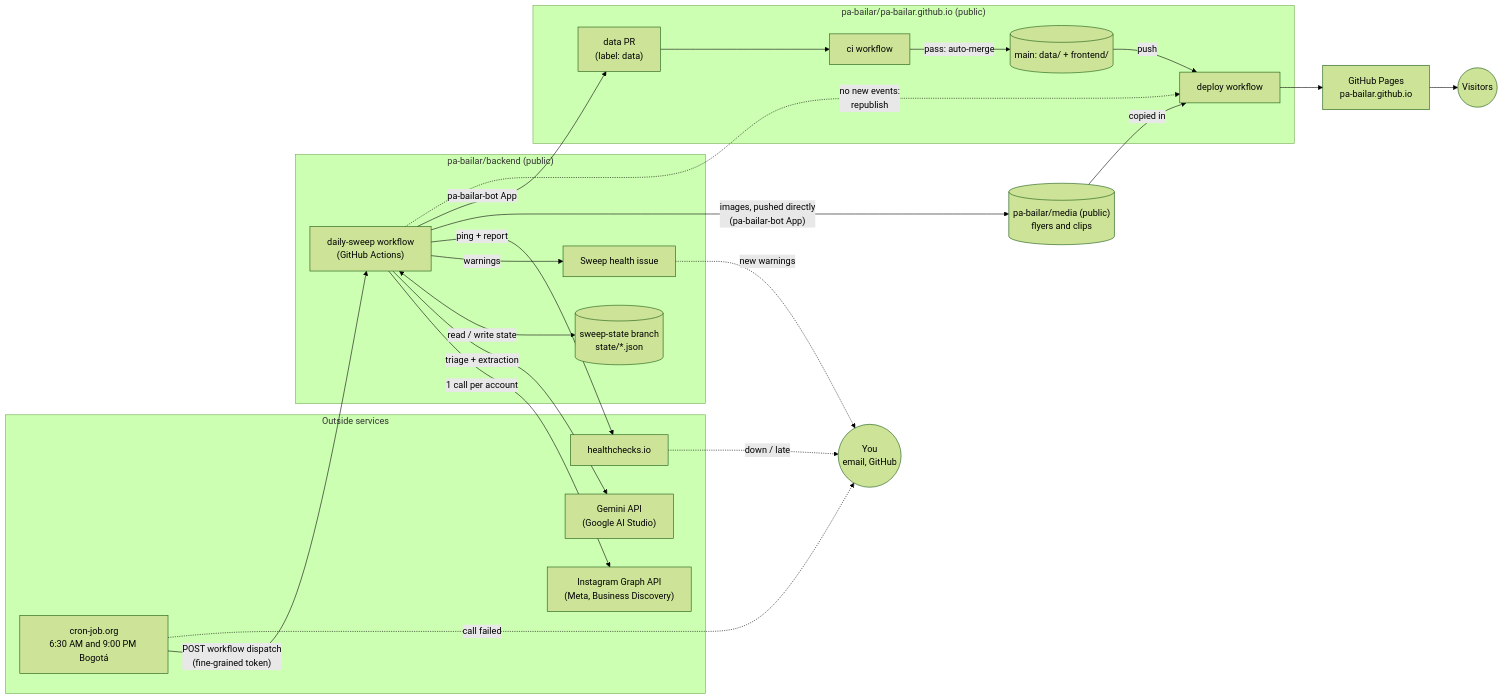
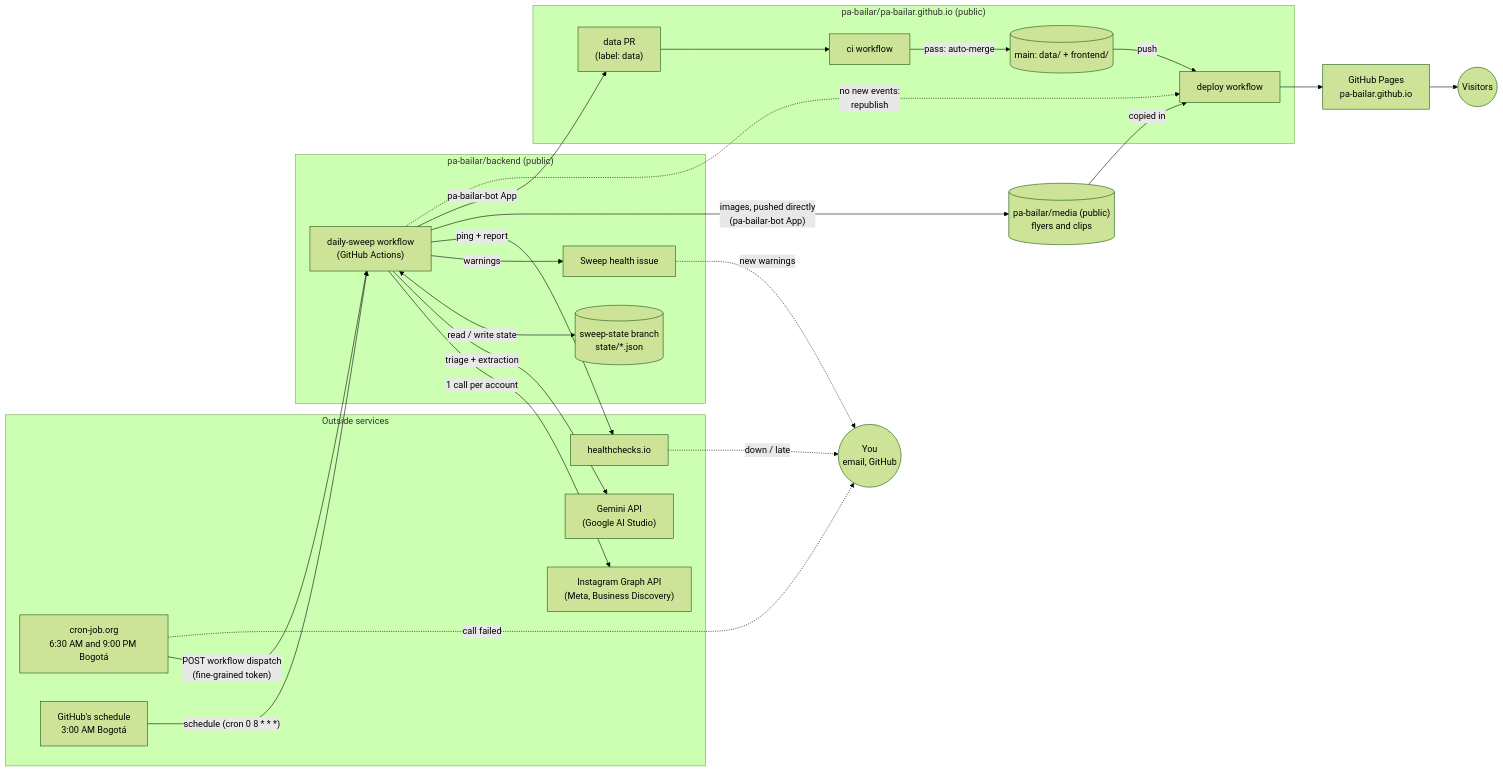
One commit to pa-bailar/backend changed the first of 12 diagrams in docs/ARCHITECTURE.md. Above: the diagram before and after it, drawn with Mermaid (forest theme). The commit also changed other lines of this file and 6 other files, not shown here.

First line of the commit message:
docs: three sweeps a day (3:00 by GitHub's schedule) and the forecast stop on Instagram's quota

````diff
--- a/docs/ARCHITECTURE.md
+++ b/docs/ARCHITECTURE.md
@@ -40,43 +40,45 @@
 ```mermaid
 flowchart LR
     subgraph Outside["Outside services"]
         CJ["cron-job.org<br/>6:30 AM and 9:00 PM Bogotá"]
+        GS["GitHub's schedule<br/>3:00 AM Bogotá"]
         IG["Instagram Graph API<br/>(Meta, Business Discovery)"]
         GM["Gemini API<br/>(Google AI Studio)"]
         HC["healthchecks.io"]
     end
 
     subgraph Backend["pa-bailar/backend (public)"]
         WF["daily-sweep workflow<br/>(GitHub Actions)"]
         SS[("sweep-state branch<br/>state/*.json")]
         ISS["Sweep health issue"]
     end
 
     subgraph Site["pa-bailar/pa-bailar.github.io (public)"]
         PR["data PR<br/>(label: data)"]
         CI["ci workflow"]
         MAIN[("main: data/ + frontend/")]
         DEP["deploy workflow"]
     end
 
     MED[("pa-bailar/media (public)<br/>flyers and clips")]
     PAGES["GitHub Pages<br/>pa-bailar.github.io"]
     YOU(("You<br/>email, GitHub"))
     VIS(("Visitors"))
 
     CJ -- "POST workflow dispatch<br/>(fine-grained token)" --> WF
+    GS -- "schedule (cron 0 8 * * *)" --> WF
     WF -- "1 call per account" --> IG
     WF -- "triage + extraction" --> GM
     WF <-- "read / write state" --> SS
     WF -- "warnings" --> ISS
     WF -- "ping + report" --> HC
     WF -- "images, pushed directly<br/>(pa-bailar-bot App)" --> MED
     WF -- "pa-bailar-bot App" --> PR
     PR --> CI -- "pass: auto-merge" --> MAIN
     MAIN -- "push" --> DEP --> PAGES --> VIS
     MED -- "copied in" --> DEP
     WF -. "no new events:<br/>republish" .-> DEP
     HC -. "down / late" .-> YOU
     CJ -. "call failed" .-> YOU
     ISS -. "new warnings" .-> YOU
 ```
````
